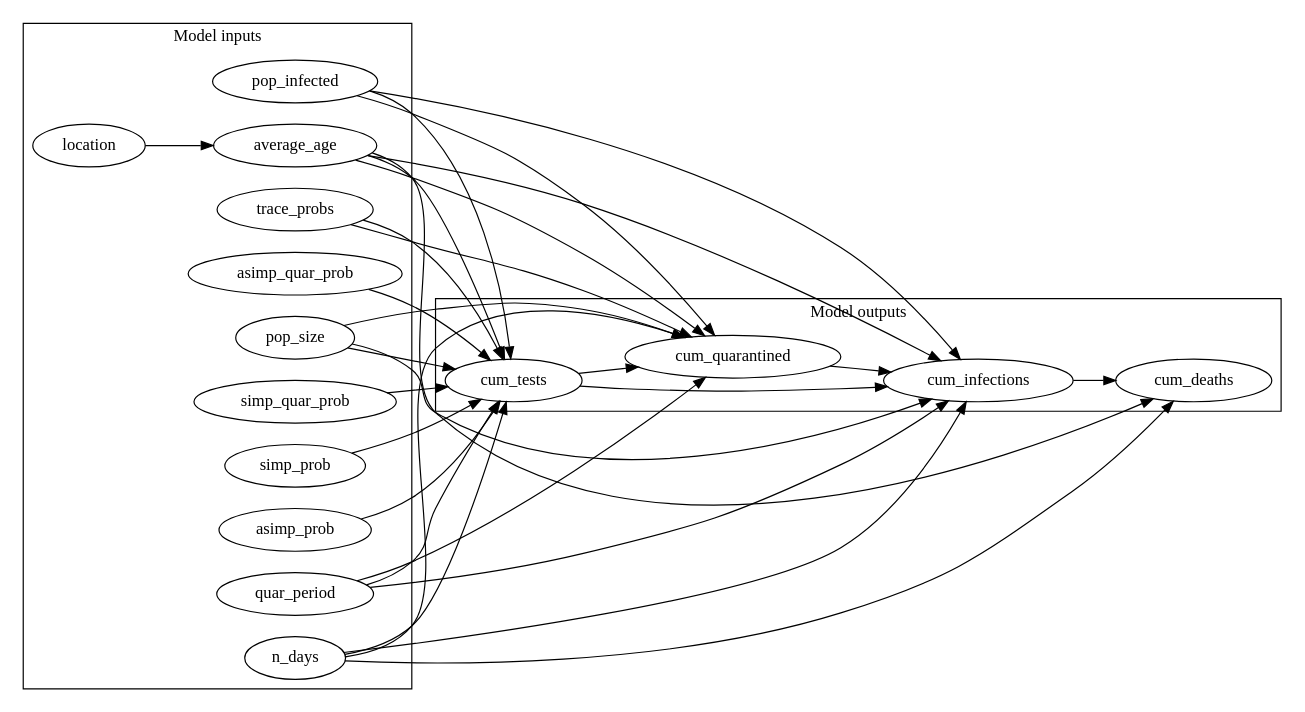
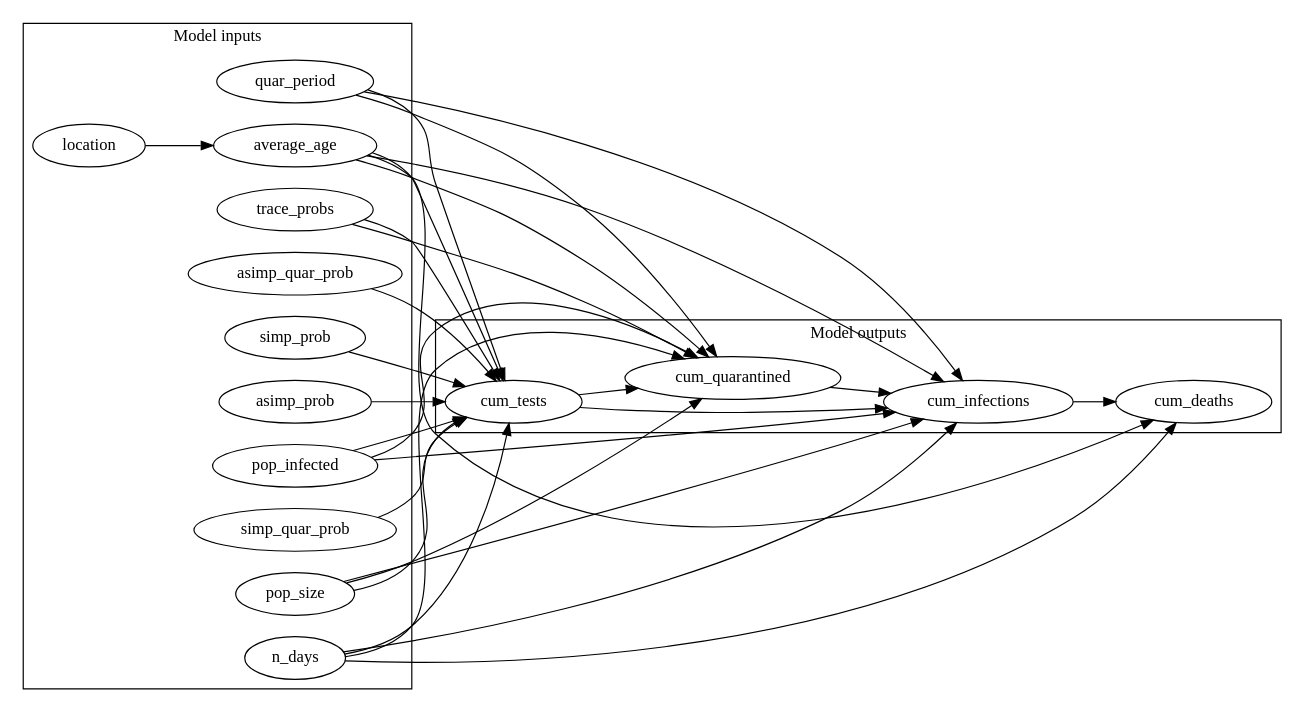
One commit to CITCOM-project/causcumber changed the diagram in scenarios/abstract/dags/compare_interventions_basic.dot. Above: the diagram before and after it, drawn with Graphviz. The commit also changed other lines of this file and 5 other files, not shown here.

```diff
--- a/scenarios/abstract/dags/compare_interventions_basic.dot
+++ b/scenarios/abstract/dags/compare_interventions_basic.dot
@@ -1,54 +1,54 @@
 digraph "" {
 	graph [newrank=True,
 		rankdir=LR
 	];
+	subgraph cluster_inputs {
+		graph [label="Model inputs"];
+		pop_size;
+		asimp_prob;
+		pop_infected;
+		n_days;
+		simp_quar_prob;
+		asimp_quar_prob;
+		trace_probs;
+		simp_prob;
+		average_age;
+		location;
+		quar_period;
+	}
 	subgraph cluster_outputs {
 		graph [label="Model outputs"];
 		cum_tests;
 		cum_quarantined;
 		cum_infections;
 		cum_deaths;
 	}
-	subgraph cluster_inputs {
-		graph [label="Model inputs"];
-		quar_period;
-		n_days;
-		pop_size;
-		simp_prob;
-		pop_infected;
-		asimp_quar_prob;
-		location;
-		average_age;
-		trace_probs;
-		simp_quar_prob;
-		asimp_prob;
-	}
-	quar_period -> cum_tests;
-	quar_period -> cum_quarantined;
-	quar_period -> cum_infections;
+	pop_size -> cum_tests;
+	pop_size -> cum_quarantined;
+	pop_size -> cum_infections;
+	asimp_prob -> cum_tests;
+	pop_infected -> cum_tests;
+	pop_infected -> cum_quarantined;
+	pop_infected -> cum_infections;
 	n_days -> cum_tests;
 	n_days -> cum_quarantined;
 	n_days -> cum_infections;
 	n_days -> cum_deaths;
-	pop_size -> cum_tests;
-	pop_size -> cum_quarantined;
-	pop_size -> cum_infections;
+	simp_quar_prob -> cum_tests;
+	asimp_quar_prob -> cum_tests;
+	trace_probs -> cum_tests;
+	trace_probs -> cum_quarantined;
 	simp_prob -> cum_tests;
-	pop_infected -> cum_tests;
-	pop_infected -> cum_quarantined;
-	pop_infected -> cum_infections;
-	asimp_quar_prob -> cum_tests;
-	location -> average_age;
 	average_age -> cum_tests;
 	average_age -> cum_quarantined;
 	average_age -> cum_infections;
 	average_age -> cum_deaths;
-	trace_probs -> cum_tests;
-	trace_probs -> cum_quarantined;
-	simp_quar_prob -> cum_tests;
-	asimp_prob -> cum_tests;
+	location -> average_age;
+	quar_period -> cum_tests;
+	quar_period -> cum_quarantined;
+	quar_period -> cum_infections;
 	cum_tests -> cum_quarantined;
 	cum_tests -> cum_infections;
 	cum_quarantined -> cum_infections;
 	cum_infections -> cum_deaths;
 }
```
